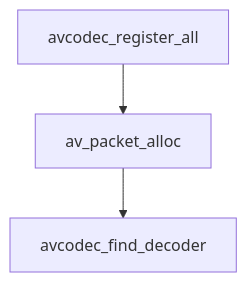
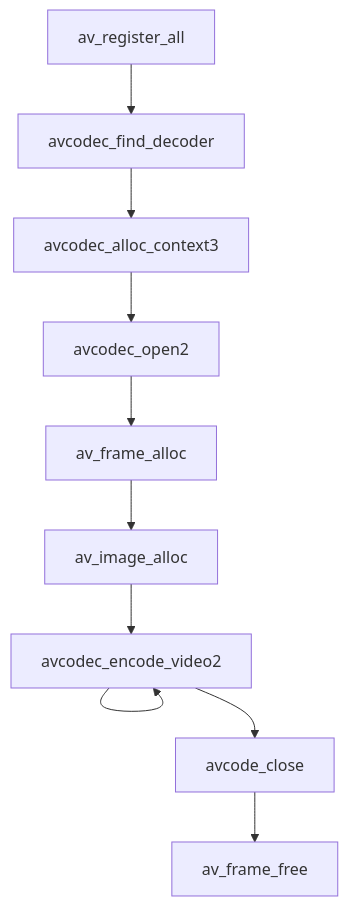
Before and after one commit to hanjingo/doc: the sixth of 6 diagrams in NOTE/FFMPEG_FROM_BEGINNER_TO_MASTER/chapter9.md, drawn with Mermaid. The commit also changed other lines of this file and 8 other files, not shown here.

````diff
--- a/NOTE/FFMPEG_FROM_BEGINNER_TO_MASTER/chapter9.md
+++ b/NOTE/FFMPEG_FROM_BEGINNER_TO_MASTER/chapter9.md
@@ -98,4 +269,4 @@
 ```mermaid
 graph TD
-A[avcodec_register_all]-->B[av_packet_alloc]-->C[avcodec_find_decoder]
+A[av_register_all]-->B[avcodec_find_decoder]-->C[avcodec_alloc_context3]-->D[avcodec_open2]-->E[av_frame_alloc]-->F[av_image_alloc]-->G[avcodec_encode_video2]-->G[avcodec_encode_video2]-->H[avcode_close]-->I[av_frame_free]
 ```
````
